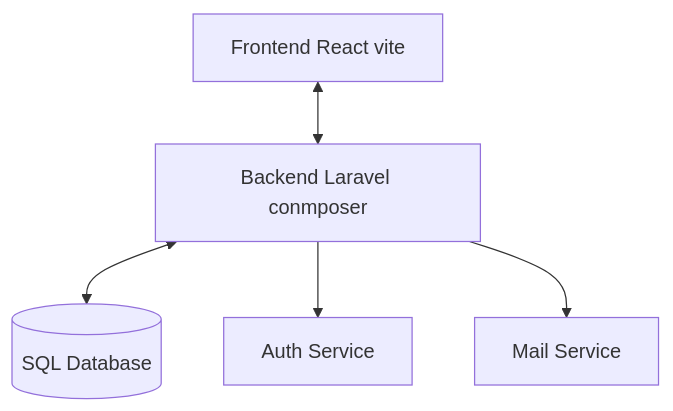
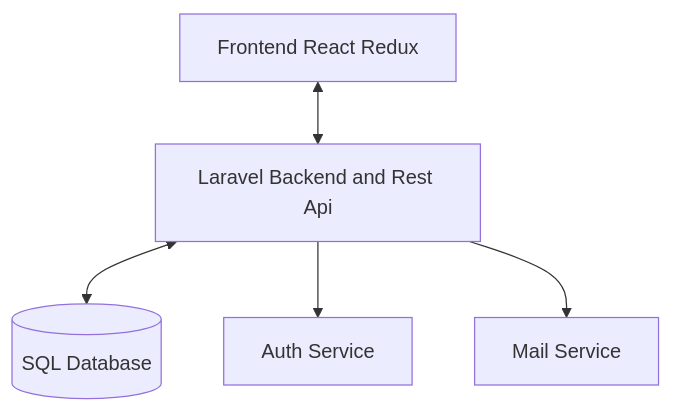
Before and after one commit to Suk-Be/fullstack-homepage: the diagram in README.md, drawn with Mermaid. The commit also changed 1 other file, not shown here.

Commit message:
fix mermaid syntax

````diff
--- a/README.md
+++ b/README.md
@@ -41,7 +41,7 @@
 ```mermaid
 graph TD;
-  A[Frontend React vite] <--> B[Backend Laravel conmposer]
+  A[Frontend React Redux] <--> B[Laravel Backend and Rest Api]
   B <--> C[(SQL Database)]
   B --> D[Auth Service]
   B --> E[Mail Service]
 ```
````
